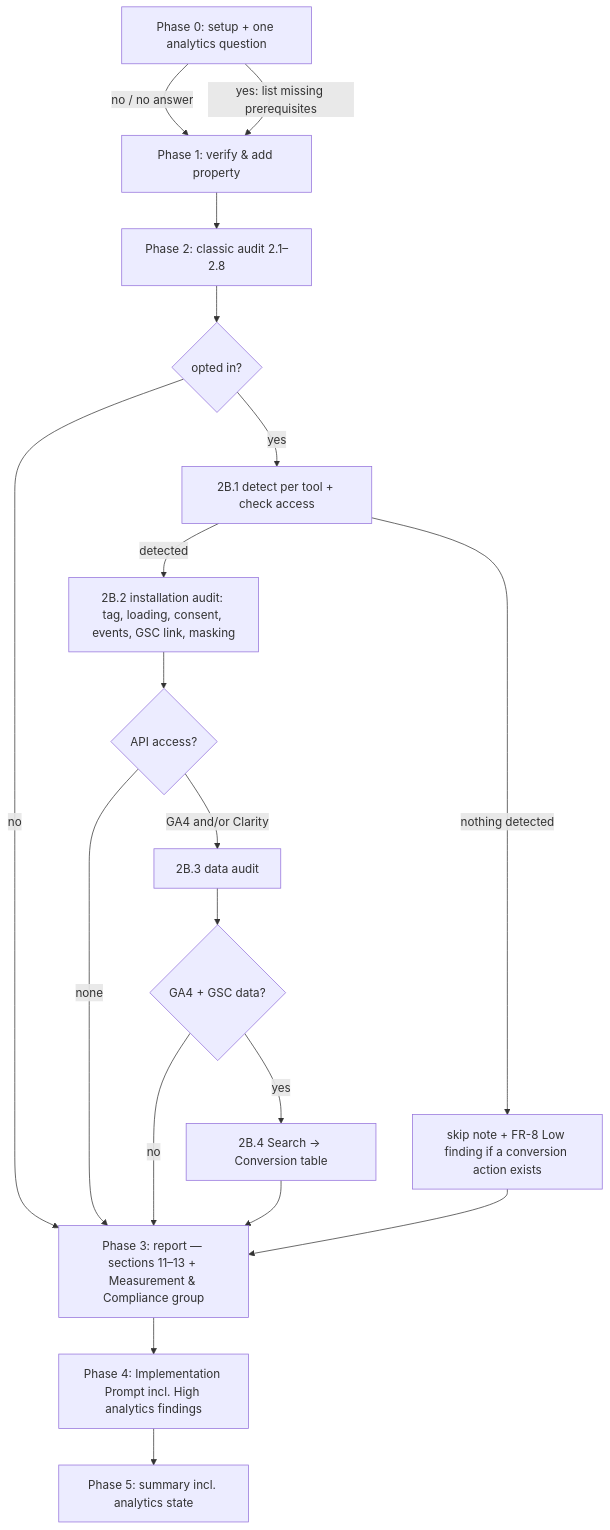
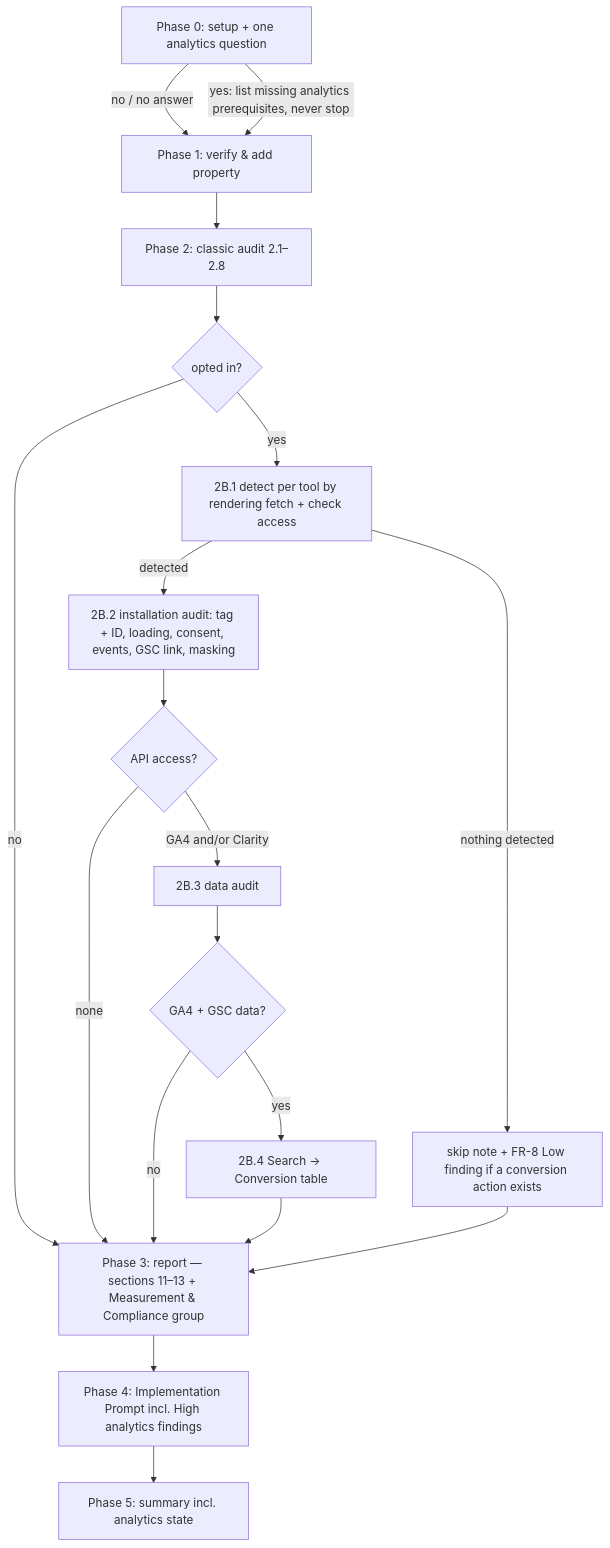
One commit to JuankCadavid/akili-specs changed the diagram in docs/specs/changes/seo-analytics/design.md. Above: the diagram before and after it, drawn with Mermaid. The commit also changed other lines of this file and 2 other files, not shown here.

Commit message:
[SPEC:changes/seo-analytics] apply judgment-day round 1 fixes to design and requirements

````diff
--- a/docs/specs/changes/seo-analytics/design.md
+++ b/docs/specs/changes/seo-analytics/design.md
@@ -35,20 +35,20 @@
 ```mermaid
 flowchart TD
   P0[Phase 0: setup + one analytics question] -->|no / no answer| P1
-  P0 -->|yes: list missing prerequisites| P1[Phase 1: verify & add property]
+  P0 -->|yes: list missing analytics prerequisites, never stop| P1[Phase 1: verify & add property]
   P1 --> P2[Phase 2: classic audit 2.1–2.8]
   P2 --> Q{opted in?}
   Q -->|no| P3
-  Q -->|yes| B1[2B.1 detect per tool + check access]
+  Q -->|yes| B1[2B.1 detect per tool by rendering fetch + check access]
   B1 -->|nothing detected| SKIP[skip note + FR-8 Low finding if a conversion action exists]
-  B1 -->|detected| B2[2B.2 installation audit: tag, loading, consent, events, GSC link, masking]
+  B1 -->|detected| B2[2B.2 installation audit: tag + ID, loading, consent, events, GSC link, masking]
   B2 --> B3{API access?}
   B3 -->|GA4 and/or Clarity| B3a[2B.3 data audit]
   B3 -->|none| P3
   B3a --> B4{GA4 + GSC data?}
   B4 -->|yes| B4a[2B.4 Search → Conversion table]
   B4 -->|no| P3
   B4a --> P3[Phase 3: report — sections 11–13 + Measurement & Compliance group]
   SKIP --> P3
   P3 --> P4[Phase 4: Implementation Prompt incl. High analytics findings] --> P5[Phase 5: summary incl. analytics state]
 ```
````
